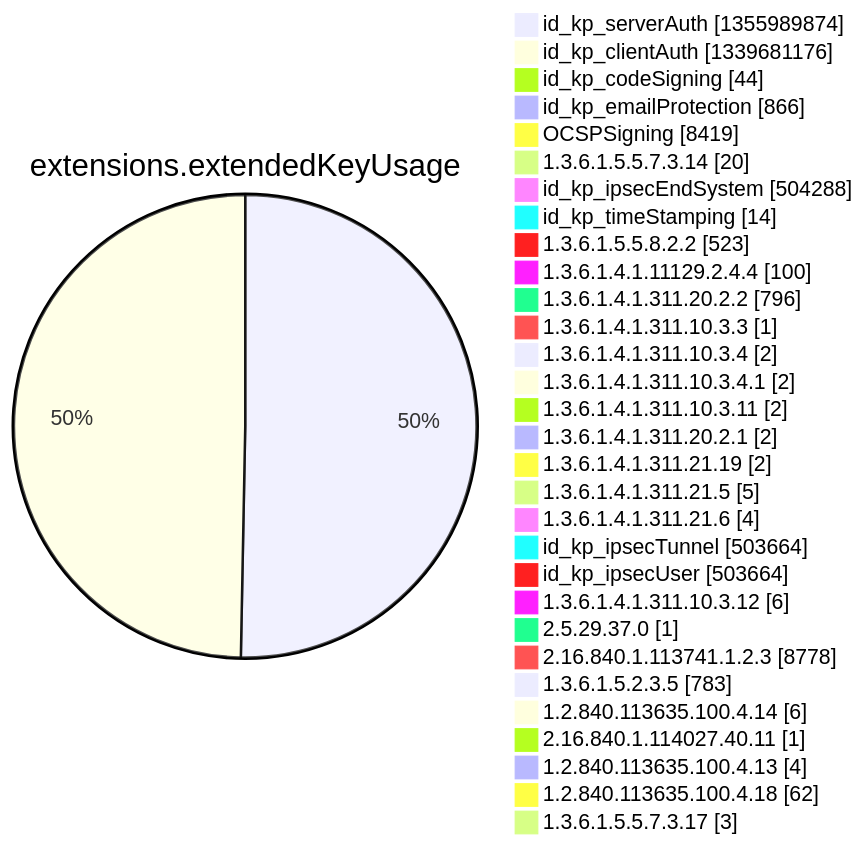
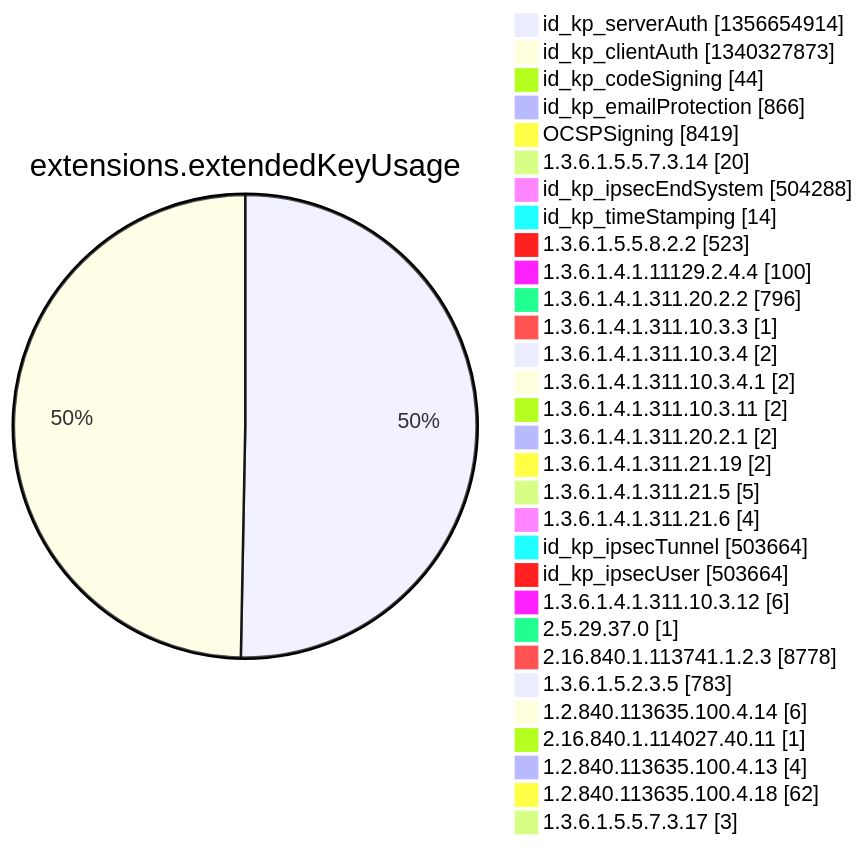
Before and after one commit to christiankrug/ctmonitor_visualization: diagram 12 of 15 in argon2022/README.md, drawn with Mermaid. The commit also changed other lines of this file, not shown here.

````diff
--- a/argon2022/README.md
+++ b/argon2022/README.md
@@ -3553,34 +3553,34 @@
 ```mermaid
 pie showData
 title extensions.extendedKeyUsage
-"id_kp_serverAuth" :1355989874
-"id_kp_clientAuth" :1339681176
+"id_kp_serverAuth" :1356654914
+"id_kp_clientAuth" :1340327873
 "id_kp_codeSigning" :44
 "id_kp_emailProtection" :866
 "OCSPSigning" :8419
 "1.3.6.1.5.5.7.3.14" :20
 "id_kp_ipsecEndSystem" :504288
 "id_kp_timeStamping" :14
 "1.3.6.1.5.5.8.2.2" :523
 "1.3.6.1.4.1.11129.2.4.4" :100
 "1.3.6.1.4.1.311.20.2.2" :796
 "1.3.6.1.4.1.311.10.3.3" :1
 "1.3.6.1.4.1.311.10.3.4" :2
 "1.3.6.1.4.1.311.10.3.4.1" :2
 "1.3.6.1.4.1.311.10.3.11" :2
 "1.3.6.1.4.1.311.20.2.1" :2
 "1.3.6.1.4.1.311.21.19" :2
 "1.3.6.1.4.1.311.21.5" :5
 "1.3.6.1.4.1.311.21.6" :4
 "id_kp_ipsecTunnel" :503664
 "id_kp_ipsecUser" :503664
 "1.3.6.1.4.1.311.10.3.12" :6
 "2.5.29.37.0" :1
 "2.16.840.1.113741.1.2.3" :8778
 "1.3.6.1.5.2.3.5" :783
 "1.2.840.113635.100.4.14" :6
 "2.16.840.1.114027.40.11" :1
 "1.2.840.113635.100.4.13" :4
 "1.2.840.113635.100.4.18" :62
 "1.3.6.1.5.5.7.3.17" :3
 ```
````
